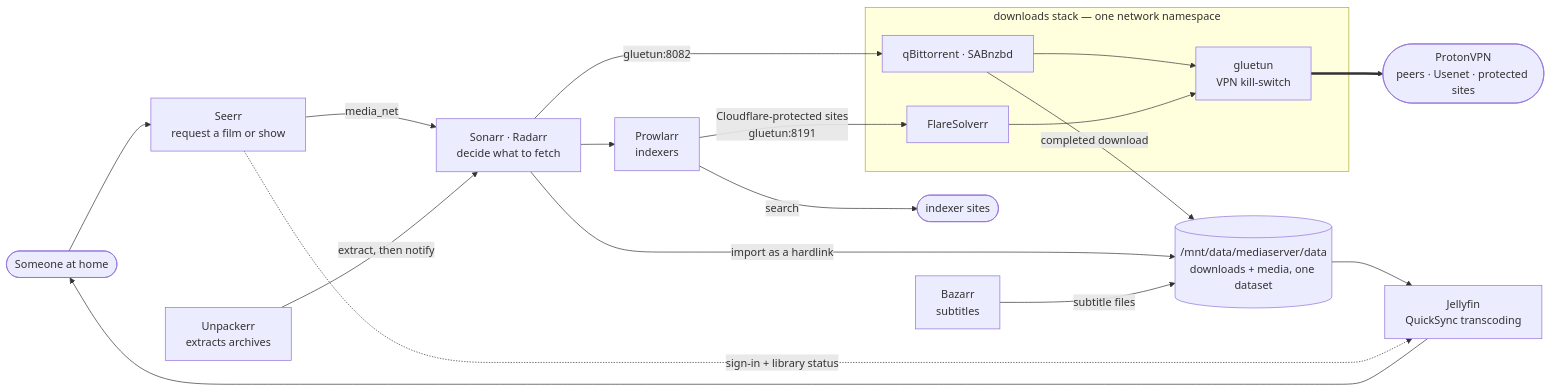
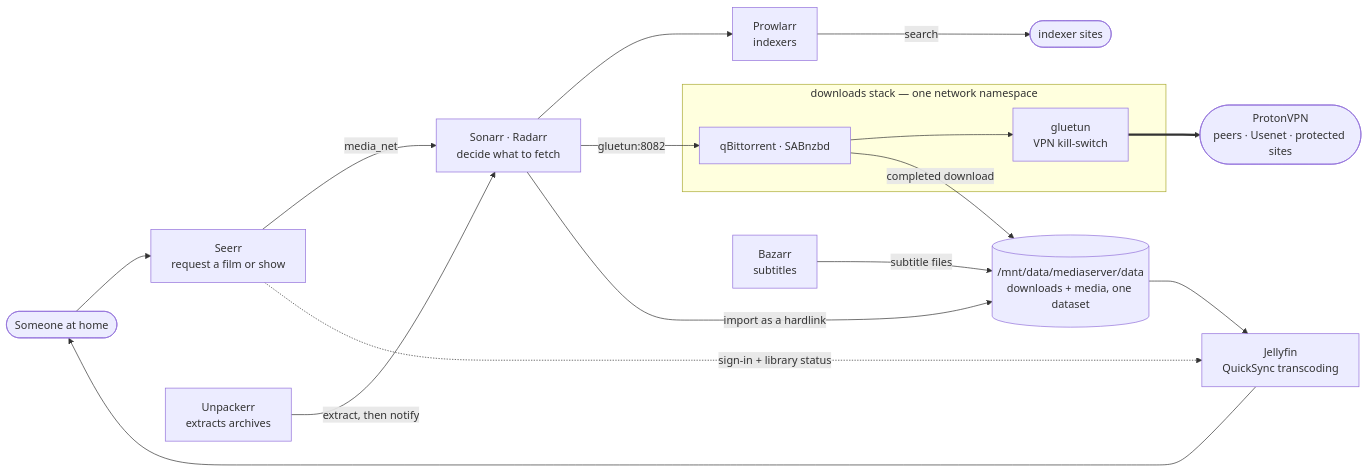
Before and after one commit to drizzelat/NAS-public: the fourth of 6 diagrams in docs/architecture.md, drawn with Mermaid. The commit also changed other lines of this file and 15 other files, not shown here.

````diff
--- a/docs/architecture.md
+++ b/docs/architecture.md
@@ -262,37 +262,34 @@
 ```mermaid
 flowchart LR
   person(["Someone at home"])
   seerr["Seerr<br>request a film or show"]
   sonarr["Sonarr · Radarr<br>decide what to fetch"]
   prowlarr["Prowlarr<br>indexers"]
   unpackerr["Unpackerr<br>extracts archives"]
   bazarr["Bazarr<br>subtitles"]
   jellyfin["Jellyfin<br>QuickSync transcoding"]
   indexers(["indexer sites"])
   vpnout(["ProtonVPN<br>peers · Usenet · protected sites"])
 
   subgraph downloads["downloads stack — one network namespace"]
     gluetun["gluetun<br>VPN kill-switch"]
     clients["qBittorrent · SABnzbd"]
-    flare["FlareSolverr"]
   end
 
   library[("/mnt/data/mediaserver/data<br>downloads + media, one dataset")]
 
   person --> seerr
   seerr -->|"media_net"| sonarr
   sonarr --> prowlarr
   prowlarr -->|"search"| indexers
-  prowlarr -->|"Cloudflare-protected sites<br>gluetun:8191"| flare
   sonarr -->|"gluetun:8082"| clients
   clients --> gluetun
-  flare --> gluetun
   gluetun ==> vpnout
   clients -->|"completed download"| library
   unpackerr -->|"extract, then notify"| sonarr
   sonarr -->|"import as a hardlink"| library
   bazarr -->|"subtitle files"| library
   library --> jellyfin
   jellyfin --> person
   seerr -.->|"sign-in + library status"| jellyfin
 ```
````
